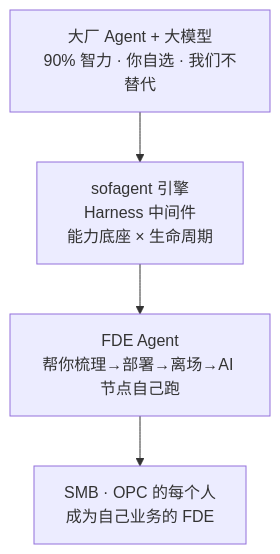
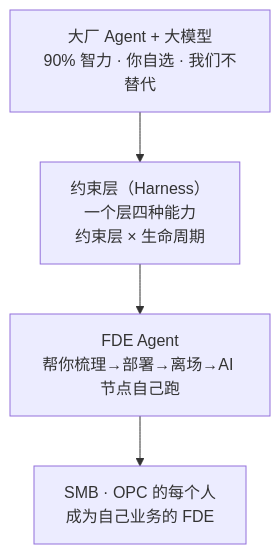
Before and after one commit to KongFangXun/sofagent: the first of 8 diagrams in docs/ARCHITECTURE.md, drawn with Mermaid. The commit also changed other lines of this file and 34 other files, not shown here.

````diff
--- a/docs/ARCHITECTURE.md
+++ b/docs/ARCHITECTURE.md
@@ -12,6 +12,6 @@
 ```mermaid
 graph TD
-    A[大厂 Agent + 大模型<br/>90% 智力 · 你自选 · 我们不替代] --> B[sofagent 引擎<br/>Harness 中间件<br/>能力底座 × 生命周期]
+    A[大厂 Agent + 大模型<br/>90% 智力 · 你自选 · 我们不替代] --> B[约束层（Harness）<br/>一个层四种能力<br/>约束层 × 生命周期]
     B --> C[FDE Agent<br/>帮你梳理→部署→离场→AI 节点自己跑]
     C --> D[SMB · OPC 的每个人<br/>成为自己业务的 FDE]
 ```
````
